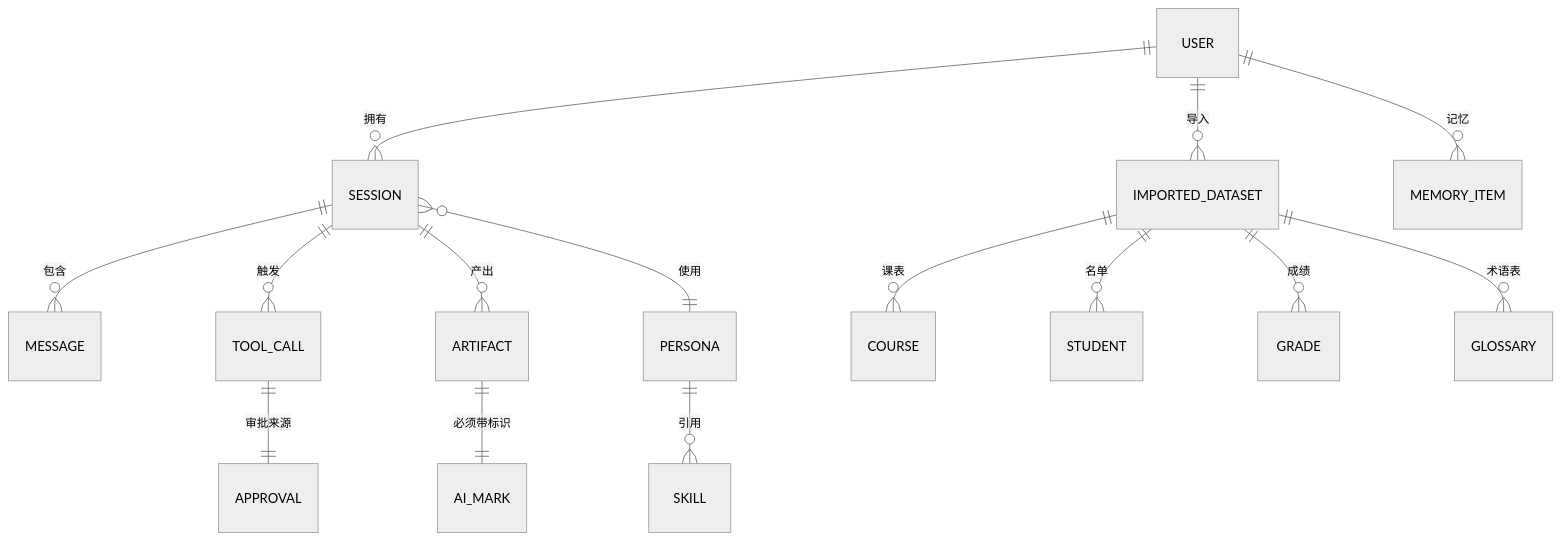
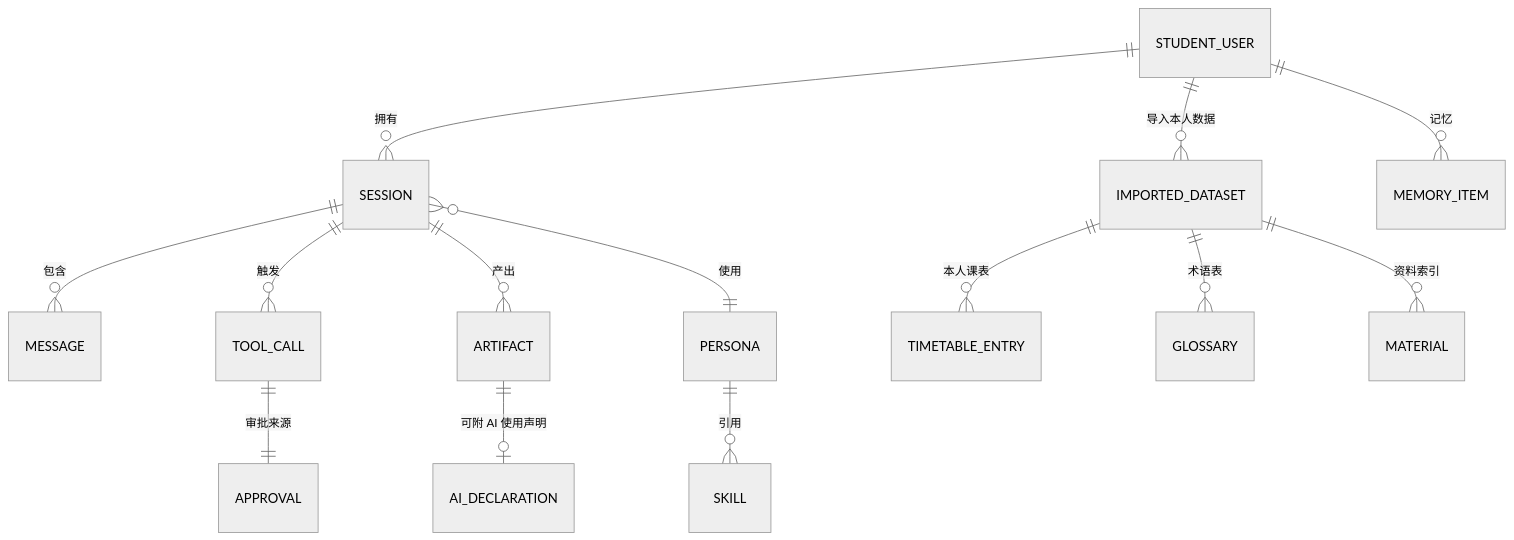
The ninth of 11 diagrams in docs/PRD-龙外工作台.md (light-misty/Stealth-Study), drawn with Mermaid (neutral theme) before and after one commit. The commit also changed other lines of this file and 2 other files, not shown here.

First line of the commit message:
docs: add project long-term memory docs

````diff
--- a/docs/PRD-龙外工作台.md
+++ b/docs/PRD-龙外工作台.md
@@ -937,17 +955,16 @@
 ```mermaid
 erDiagram
-    USER ||--o{ SESSION : "拥有"
-    USER ||--o{ IMPORTED_DATASET : "导入"
-    USER ||--o{ MEMORY_ITEM : "记忆"
+    STUDENT_USER ||--o{ SESSION : "拥有"
+    STUDENT_USER ||--o{ IMPORTED_DATASET : "导入本人数据"
+    STUDENT_USER ||--o{ MEMORY_ITEM : "记忆"
     SESSION ||--o{ MESSAGE : "包含"
     SESSION ||--o{ TOOL_CALL : "触发"
     SESSION ||--o{ ARTIFACT : "产出"
     SESSION }o--|| PERSONA : "使用"
     PERSONA ||--o{ SKILL : "引用"
-    IMPORTED_DATASET ||--o{ COURSE : "课表"
-    IMPORTED_DATASET ||--o{ STUDENT : "名单"
-    IMPORTED_DATASET ||--o{ GRADE : "成绩"
+    IMPORTED_DATASET ||--o{ TIMETABLE_ENTRY : "本人课表"
     IMPORTED_DATASET ||--o{ GLOSSARY : "术语表"
-    ARTIFACT ||--|| AI_MARK : "必须带标识"
+    IMPORTED_DATASET ||--o{ MATERIAL : "资料索引"
+    ARTIFACT ||--o| AI_DECLARATION : "可附 AI 使用声明"
     TOOL_CALL ||--|| APPROVAL : "审批来源"
 ```
````
